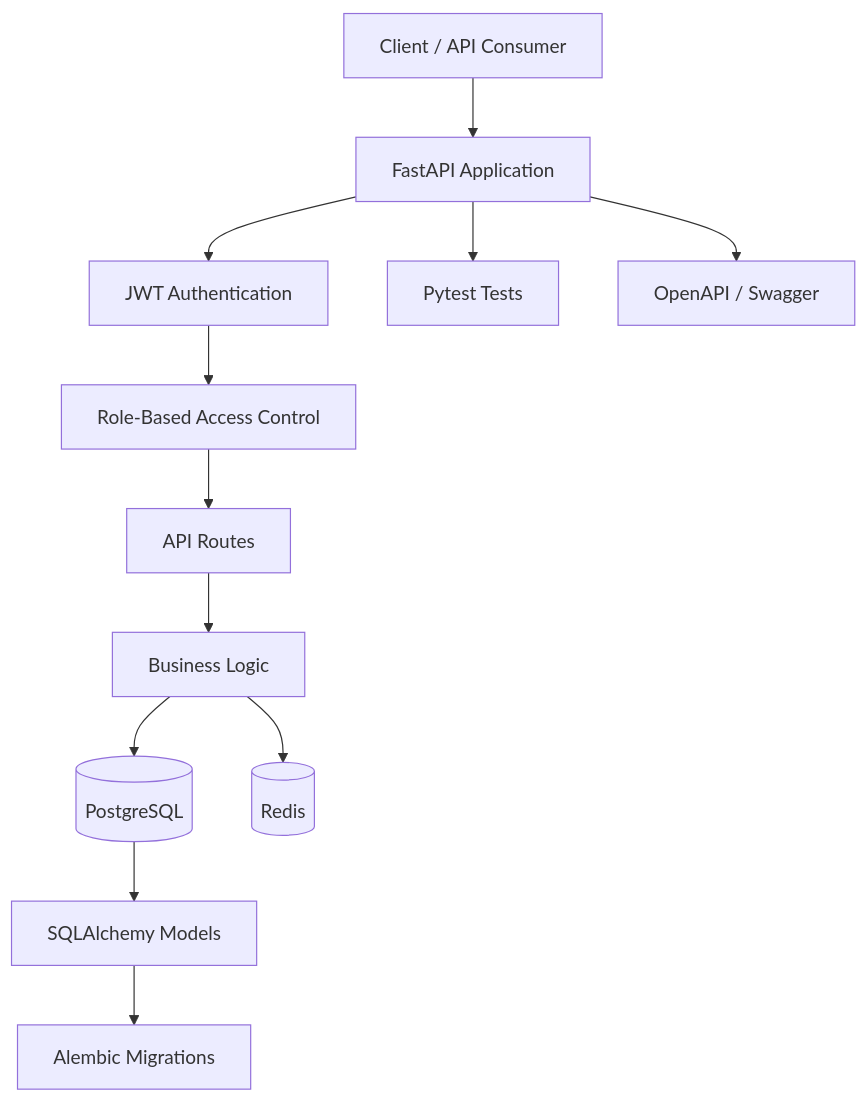
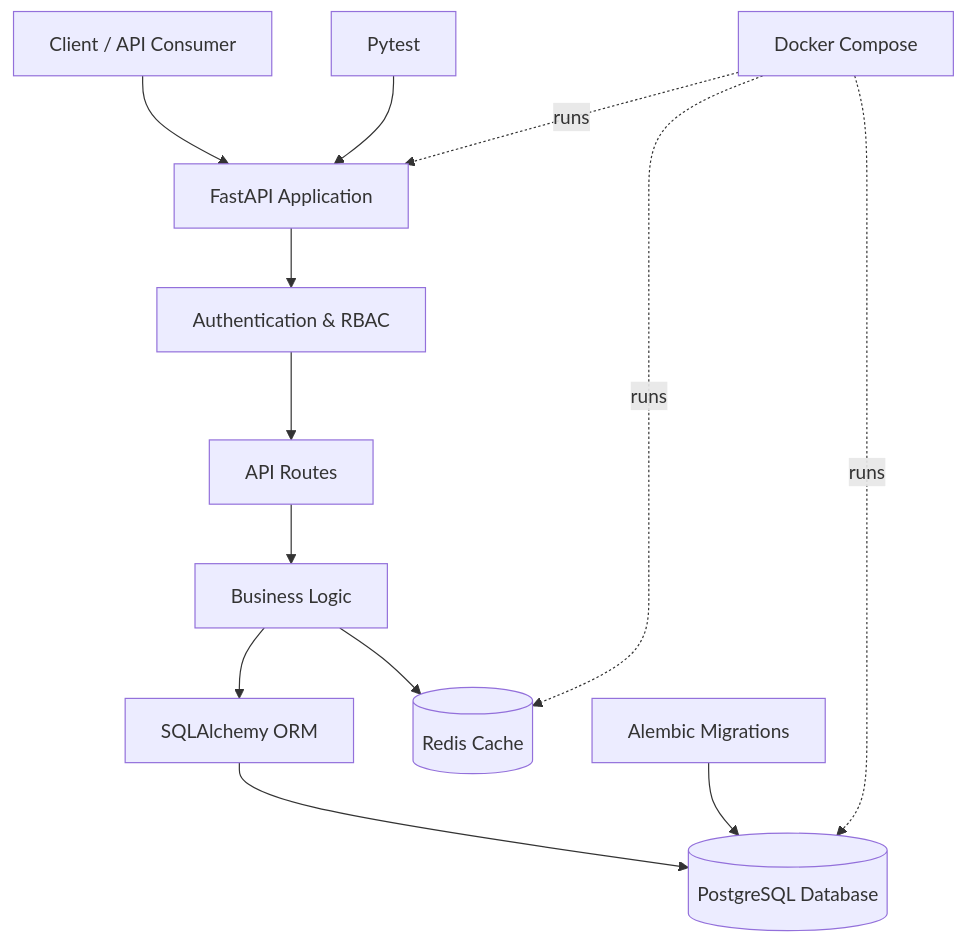
One commit to srohan-0912/inventoryflow changed the second of 2 diagrams in README.md. Above: the diagram before and after it, drawn with Mermaid. The commit also changed other lines of this file, not shown here.

````diff
--- a/README.md
+++ b/README.md
@@ -977,18 +515,19 @@
 ```mermaid
 flowchart TD
-    Client[Client / API Consumer] --> API[FastAPI Application]
+    A[Client / API Consumer] --> B[FastAPI Application]
 
-    API --> Auth[JWT Authentication]
-    Auth --> RBAC[Role-Based Access Control]
+    B --> C[Authentication & RBAC]
+    C --> D[API Routes]
 
-    RBAC --> Routes[API Routes]
-    Routes --> Services[Business Logic]
-    Services --> DB[(PostgreSQL)]
-    Services --> Cache[(Redis)]
+    D --> E[Business Logic]
+    E --> F[SQLAlchemy ORM]
 
-    DB --> Models[SQLAlchemy Models]
-    Models --> Migrations[Alembic Migrations]
+    F --> G[(PostgreSQL Database)]
+    E --> H[(Redis Cache)]
 
-    API --> Tests[Pytest Tests]
-    API --> Docs[OpenAPI / Swagger]
+    I[Alembic Migrations] --> G
+    J[Pytest] --> B
+    K[Docker Compose] -. runs .-> B
+    K -. runs .-> G
+    K -. runs .-> H
 ```
````
